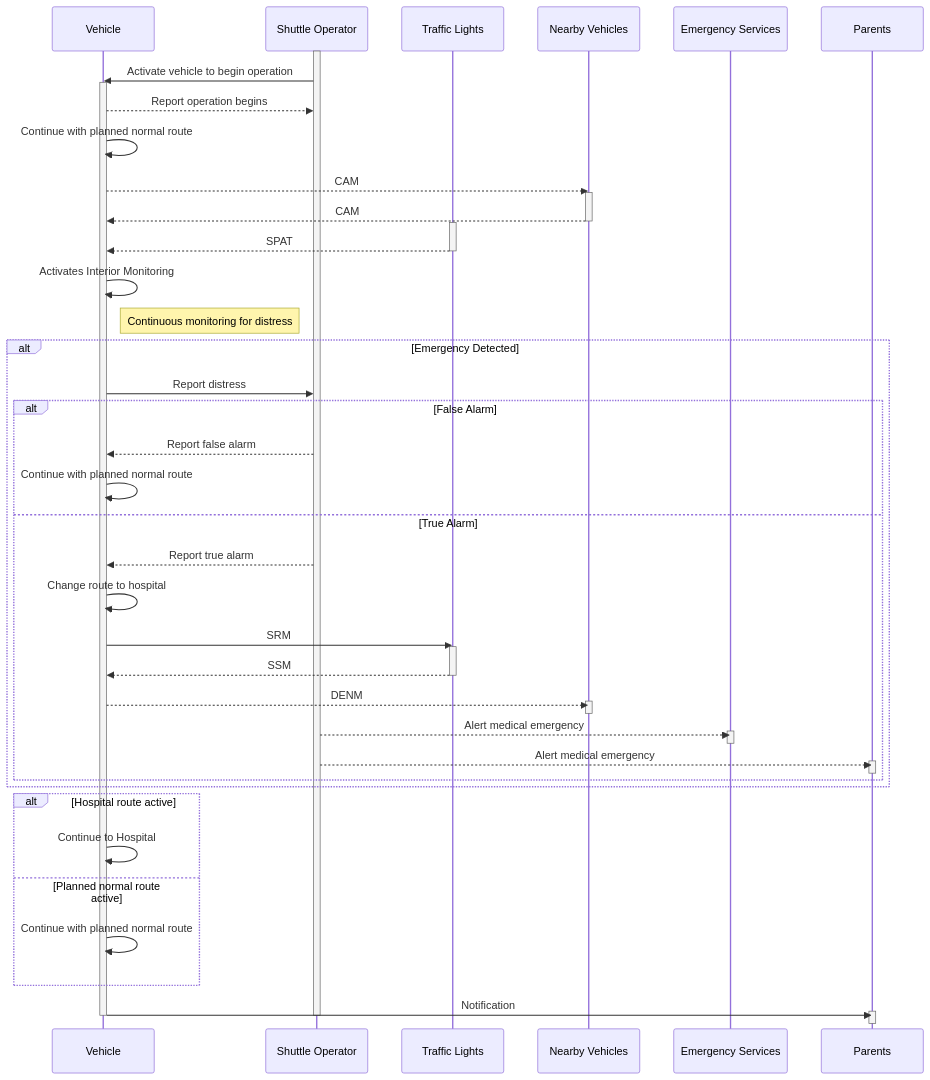
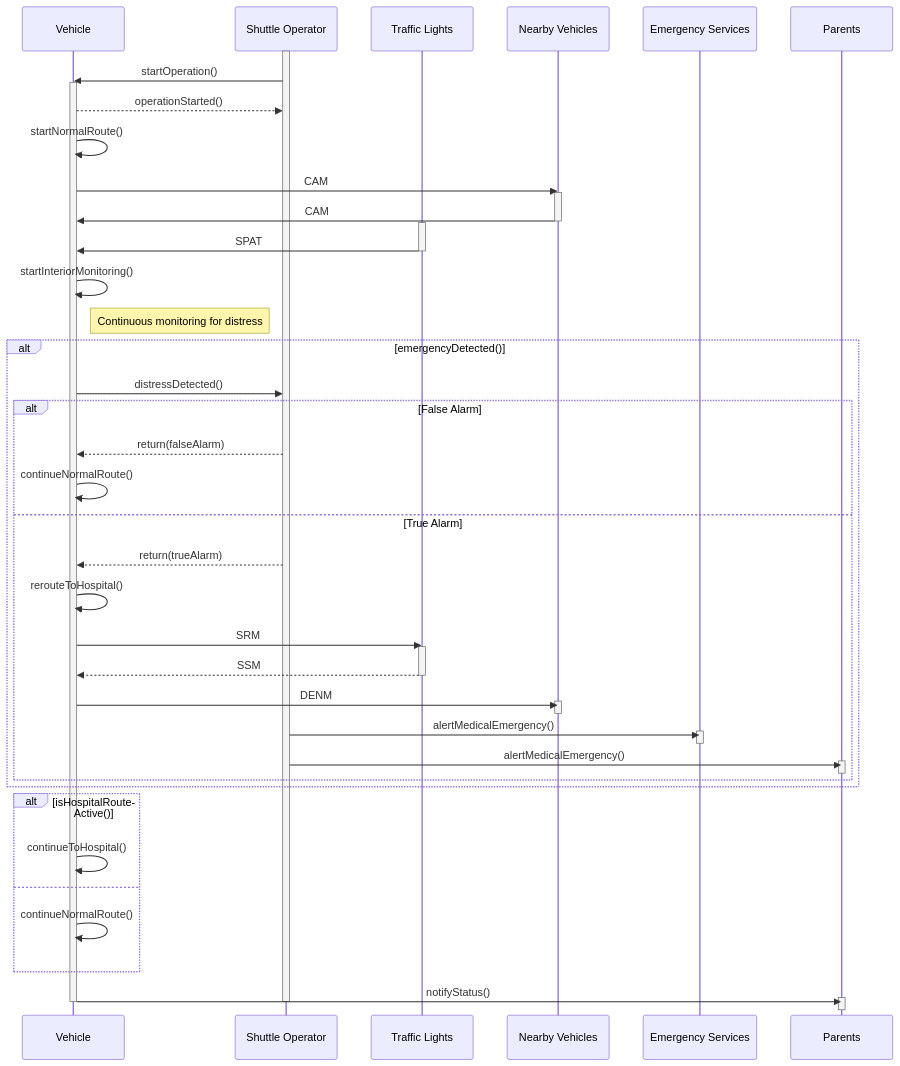
The fourth of 4 diagrams in README.md (Jy-Lau/ad_system_main), drawn with Mermaid before and after one commit. The commit also changed other lines of this file and 2 other files, not shown here.

Commit message:
fix comment and update for module 4

````diff
--- a/README.md
+++ b/README.md
@@ -103,57 +103,57 @@
 ```mermaid
 sequenceDiagram
     participant Vehicle
     participant Shuttle Operator
     participant Traffic Lights
     participant Nearby Vehicles
     participant Emergency Services
     participant Parents
 
     activate Shuttle Operator
-    Shuttle Operator->>Vehicle: Activate vehicle to begin operation
+    Shuttle Operator->>Vehicle: startOperation()
     activate Vehicle
-    Vehicle-->> Shuttle Operator: Report operation begins
-    Vehicle->>Vehicle: Continue with planned normal route
-    Vehicle-->>Nearby Vehicles: CAM
+    Vehicle-->> Shuttle Operator: operationStarted()
+    Vehicle->>Vehicle: startNormalRoute()
+    Vehicle->>Nearby Vehicles: CAM
     activate Nearby Vehicles
-    Nearby Vehicles-->>Vehicle: CAM
+    Nearby Vehicles->>Vehicle: CAM
     deactivate Nearby Vehicles
     activate Traffic Lights
-    Traffic Lights-->>Vehicle: SPAT
+    Traffic Lights->>Vehicle: SPAT
     deactivate Traffic Lights
-    Vehicle->>Vehicle: Activates Interior Monitoring
+    Vehicle->>Vehicle: startInteriorMonitoring()
     note right of Vehicle: Continuous monitoring for distress
-    alt Emergency Detected
-        Vehicle->>Shuttle Operator: Report distress
+    alt emergencyDetected()
+        Vehicle->>Shuttle Operator: distressDetected()
         alt False Alarm
-            Shuttle Operator-->>Vehicle: Report false alarm
-            Vehicle->>Vehicle: Continue with planned normal route
+            Shuttle Operator-->>Vehicle: return(falseAlarm)
+            Vehicle->>Vehicle: continueNormalRoute()
         else True Alarm
-            Shuttle Operator-->>Vehicle: Report true alarm
-            Vehicle->>Vehicle: Change route to hospital
+            Shuttle Operator-->>Vehicle: return(trueAlarm)
+            Vehicle->>Vehicle: rerouteToHospital()
             Vehicle->>Traffic Lights: SRM
             activate Traffic Lights
             Traffic Lights-->>Vehicle: SSM
             deactivate Traffic Lights
-            Vehicle-->>Nearby Vehicles: DENM
+            Vehicle->>Nearby Vehicles: DENM
             activate Nearby Vehicles
             deactivate Nearby Vehicles
-            Shuttle Operator-->>Emergency Services: Alert medical emergency
+            Shuttle Operator->>Emergency Services: alertMedicalEmergency()
             activate Emergency Services
             deactivate Emergency Services
-            Shuttle Operator-->>Parents: Alert medical emergency
+            Shuttle Operator->>Parents: alertMedicalEmergency()
             activate Parents
             deactivate Parents
         end
     end
-    alt Hospital route active
-        Vehicle->>Vehicle: Continue to Hospital
-    else Planned normal route active
-        Vehicle->>Vehicle: Continue with planned normal route
+    alt isHospitalRouteActive()
+        Vehicle->>Vehicle: continueToHospital()
+    else
+        Vehicle->>Vehicle: continueNormalRoute()
     end
-    Vehicle->>Parents: Notification
+    Vehicle->>Parents: notifyStatus()
     activate Parents
     deactivate Parents
     deactivate Vehicle
     deactivate Shuttle Operator
 ```
````
